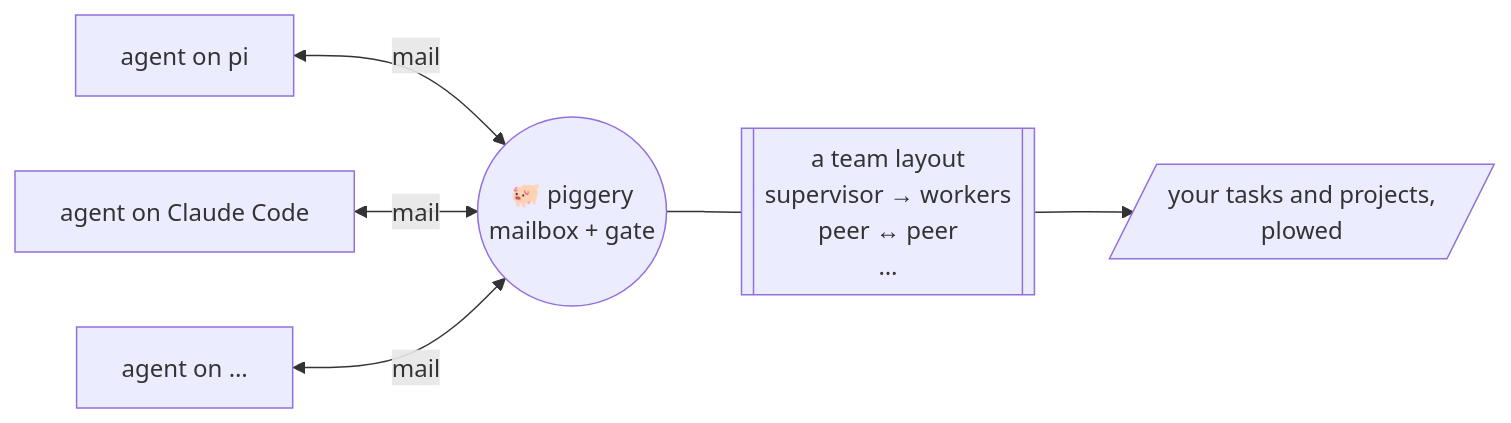
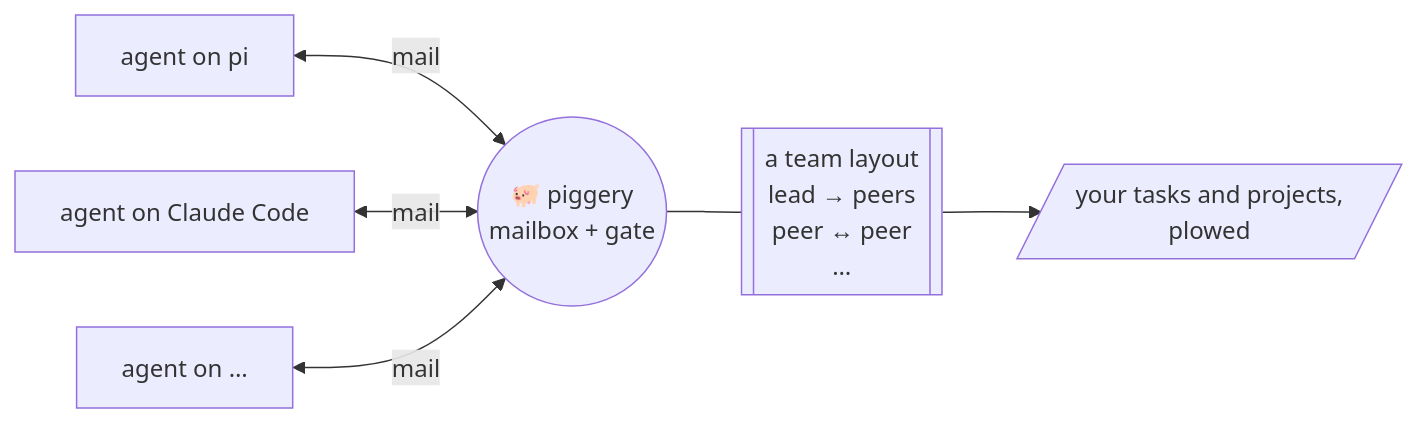
One commit to haohao3k/piggery changed the diagram in README.md. Above: the diagram before and after it, drawn with Mermaid. The commit also changed other lines of this file and 109 other files, not shown here.

Commit message:
piggery v0.9.0: taskforces, a gate that stays with its founder, lead-peer, dual-lens and advisor

````diff
--- a/README.md
+++ b/README.md
@@ -17,8 +17,8 @@
 ```mermaid
 flowchart LR
   a["agent on pi"] <-->|mail| farm
   b["agent on Claude Code"] <-->|mail| farm
   c["agent on …"] <-->|mail| farm
-  farm(("🐖 piggery<br/>mailbox + gate")) --- shape[["a team layout<br/>supervisor → workers<br/>peer ↔ peer<br/>…"]]
+  farm(("🐖 piggery<br/>mailbox + gate")) --- shape[["a team layout<br/>lead → peers<br/>peer ↔ peer<br/>…"]]
   shape --> work[/"your tasks and projects,<br/>plowed"/]
 ```
````
